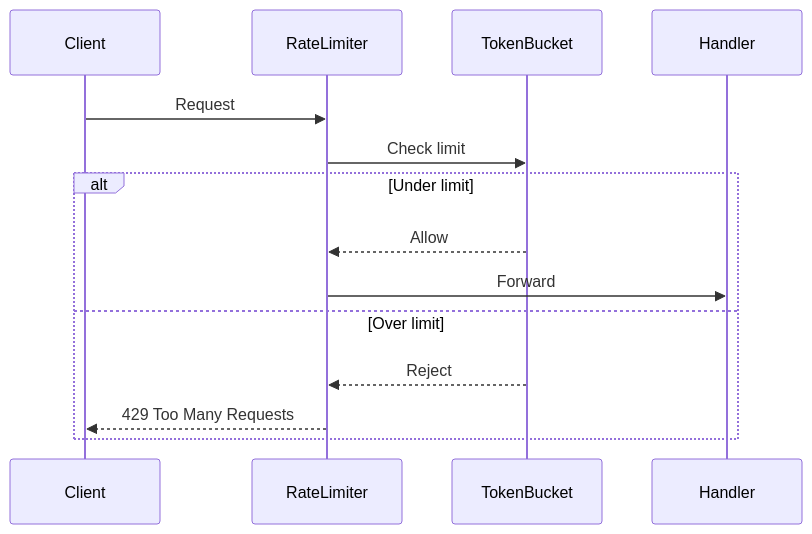
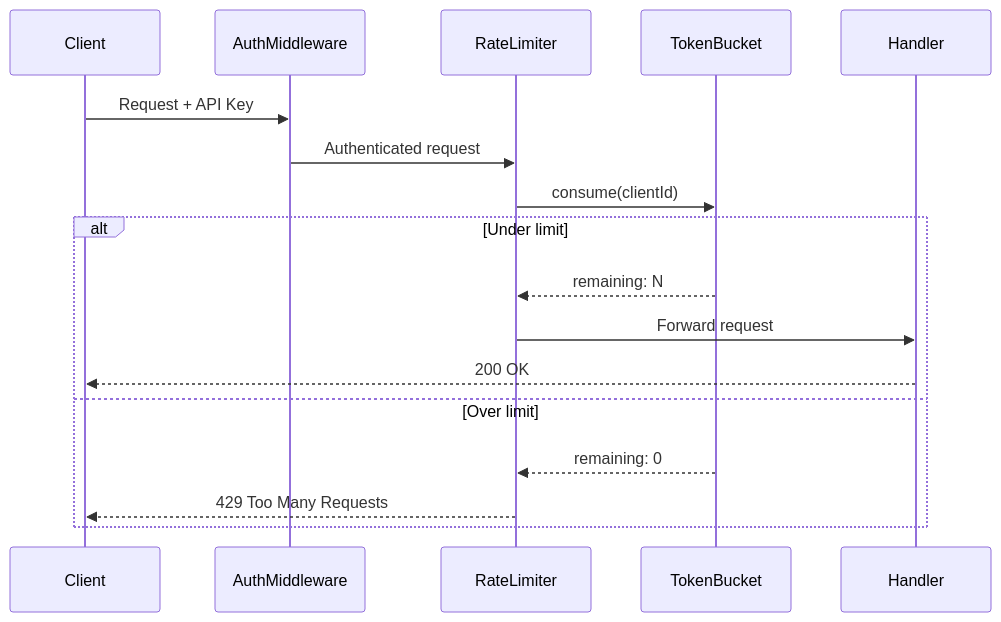
The fourth of 4 diagrams in skills/architecture-spec/subskills/notion-spec-generator.md (xenx96/skill-recipes), drawn with Mermaid before and after one commit. The commit also changed other lines of this file and 1 other file, not shown here.

First line of the commit message:
feat(architecture-spec): enrich document visual formatting rules

````diff
--- a/skills/architecture-spec/subskills/notion-spec-generator.md
+++ b/skills/architecture-spec/subskills/notion-spec-generator.md
@@ -151,12 +372,14 @@
 ```mermaid
 sequenceDiagram
-  Client->>RateLimiter: Request
-  RateLimiter->>TokenBucket: Check limit
+  Client->>AuthMiddleware: Request + API Key
+  AuthMiddleware->>RateLimiter: Authenticated request
+  RateLimiter->>TokenBucket: consume(clientId)
   alt Under limit
-    TokenBucket-->>RateLimiter: Allow
-    RateLimiter->>Handler: Forward
+    TokenBucket-->>RateLimiter: remaining: N
+    RateLimiter->>Handler: Forward request
+    Handler-->>Client: 200 OK
   else Over limit
-    TokenBucket-->>RateLimiter: Reject
+    TokenBucket-->>RateLimiter: remaining: 0
     RateLimiter-->>Client: 429 Too Many Requests
   end
 ```
````
